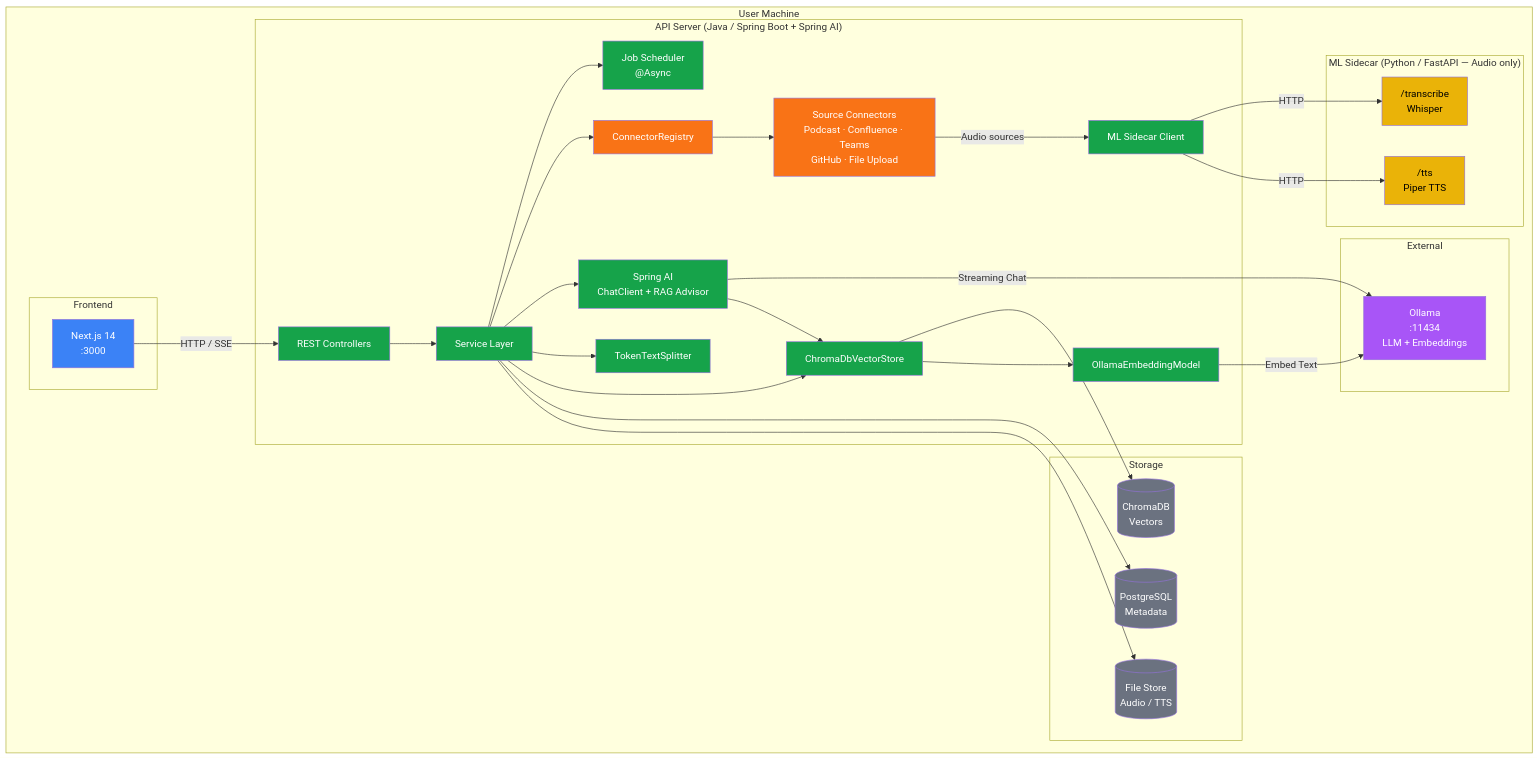
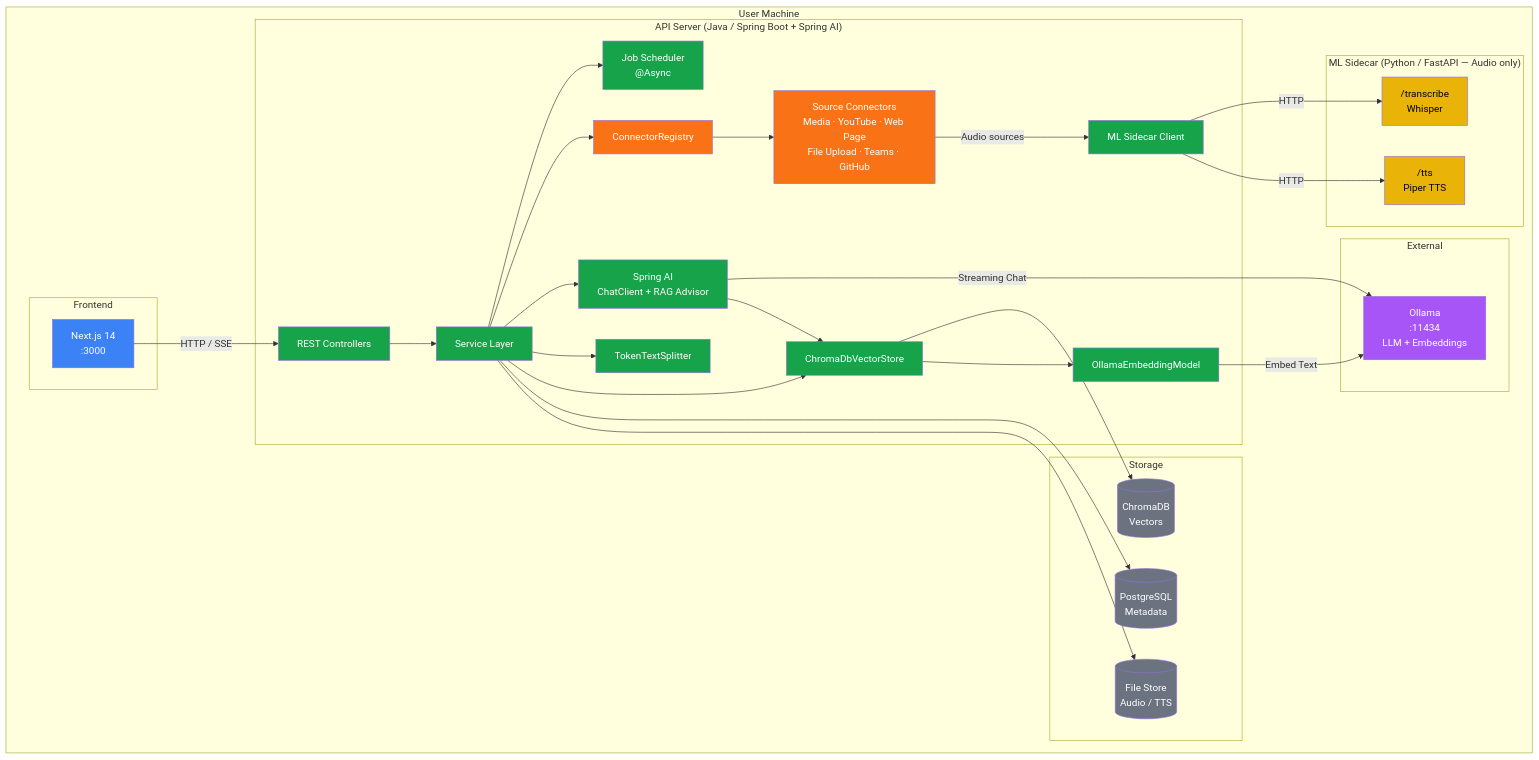
Before and after one commit to jsohi/localloom: the first of 8 diagrams in docs/DIAGRAMS.md, drawn with Mermaid. The commit also changed other lines of this file and 12 other files, not shown here.

````diff
--- a/docs/DIAGRAMS.md
+++ b/docs/DIAGRAMS.md
@@ -7,75 +7,75 @@
 ```mermaid
 graph TB
     subgraph User Machine
         subgraph Frontend
             UI[Next.js 14<br/>:3000]
         end
 
         subgraph API["API Server (Java / Spring Boot + Spring AI)"]
             Controllers[REST Controllers]
             Services[Service Layer]
             Jobs[Job Scheduler<br/>@Async]
             ConnReg[ConnectorRegistry]
-            Connectors[Source Connectors<br/>Podcast · Confluence · Teams<br/>GitHub · File Upload]
+            Connectors[Source Connectors<br/>Media · YouTube · Web Page<br/>File Upload · Teams · GitHub]
             SpringAI[Spring AI<br/>ChatClient + RAG Advisor]
             EmbedModel[OllamaEmbeddingModel]
             VectorStore[ChromaDbVectorStore]
             Chunker[TokenTextSplitter]
             SidecarClient[ML Sidecar Client]
         end
 
         subgraph MLSidecar["ML Sidecar (Python / FastAPI — Audio only)"]
             Transcribe["/transcribe<br/>Whisper"]
             TTS["/tts<br/>Piper TTS"]
         end
 
         subgraph Storage
             DB[(PostgreSQL<br/>Metadata)]
             Chroma[(ChromaDB<br/>Vectors)]
             Files[(File Store<br/>Audio / TTS)]
         end
 
         subgraph External
             Ollama[Ollama<br/>:11434<br/>LLM + Embeddings]
         end
     end
 
     UI -->|HTTP / SSE| Controllers
     Controllers --> Services
     Services --> Jobs
     Services --> ConnReg
     ConnReg --> Connectors
     Services --> SpringAI
     Services --> Chunker
     Services --> VectorStore
     Services --> DB
     Services --> Files
 
     Connectors -->|Audio sources| SidecarClient
     SpringAI -->|Streaming Chat| Ollama
     EmbedModel -->|Embed Text| Ollama
     VectorStore --> Chroma
     SpringAI --> VectorStore
     VectorStore --> EmbedModel
 
     SidecarClient -->|HTTP| Transcribe
     SidecarClient -->|HTTP| TTS
 
     style UI fill:#3b82f6,color:#fff
     style Controllers fill:#16a34a,color:#fff
     style Services fill:#16a34a,color:#fff
     style Jobs fill:#16a34a,color:#fff
     style ConnReg fill:#f97316,color:#fff
     style Connectors fill:#f97316,color:#fff
     style SpringAI fill:#16a34a,color:#fff
     style EmbedModel fill:#16a34a,color:#fff
     style VectorStore fill:#16a34a,color:#fff
     style Chunker fill:#16a34a,color:#fff
     style SidecarClient fill:#16a34a,color:#fff
     style Transcribe fill:#eab308,color:#000
     style TTS fill:#eab308,color:#000
     style Ollama fill:#a855f7,color:#fff
     style DB fill:#6b7280,color:#fff
     style Chroma fill:#6b7280,color:#fff
     style Files fill:#6b7280,color:#fff
 ```
````
